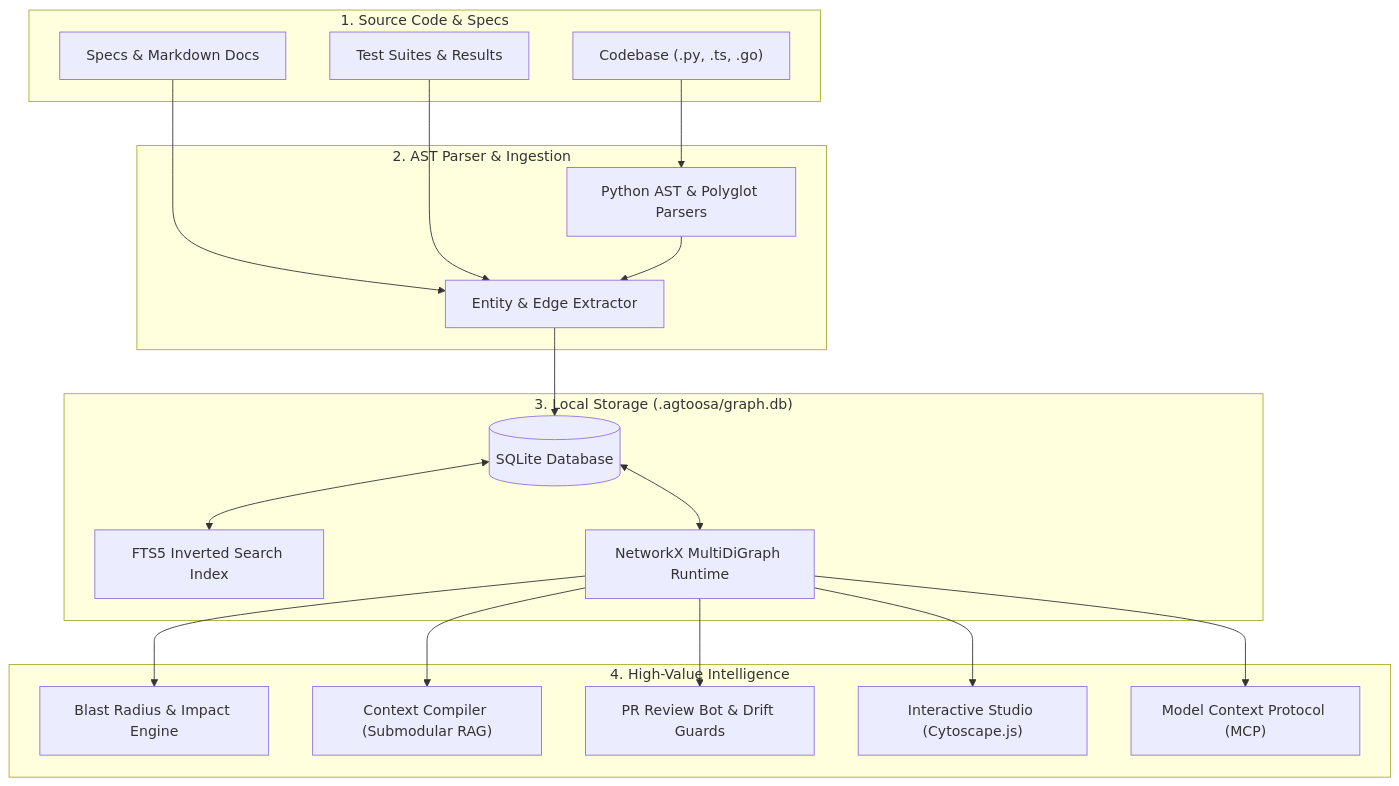
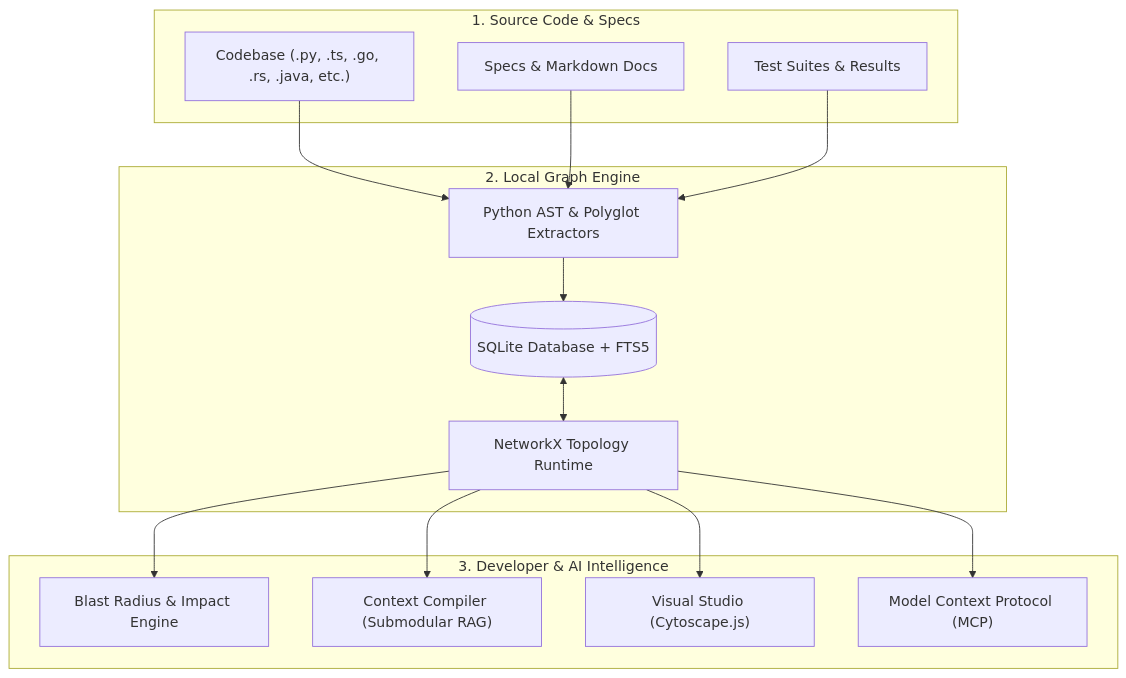
The diagram in README.md (sky2464/Agtoosa2), drawn with Mermaid before and after one commit. The commit also changed other lines of this file, not shown here.

````diff
--- a/README.md
+++ b/README.md
@@ -157,40 +176,31 @@
 ```mermaid
 flowchart TD
     subgraph Input ["1. Source Code & Specs"]
-        SRC["Codebase (.py, .ts, .go)"]
+        SRC["Codebase (.py, .ts, .go, .rs, .java, etc.)"]
         SPECS["Specs & Markdown Docs"]
         TESTS["Test Suites & Results"]
     end
 
-    subgraph Parser ["2. AST Parser & Ingestion"]
-        TS["Python AST & Polyglot Parsers"]
-        EXT["Entity & Edge Extractor"]
+    subgraph Engine ["2. Local Graph Engine"]
+        PARSER["Python AST & Polyglot Extractors"]
+        SQLITE[("SQLite Database + FTS5")]
+        NX["NetworkX Topology Runtime"]
     end
 
-    subgraph Store ["3. Local Storage (.agtoosa/graph.db)"]
-        SQLITE[("SQLite Database")]
-        FTS["FTS5 Inverted Search Index"]
-        NX["NetworkX MultiDiGraph Runtime"]
+    subgraph Intelligence ["3. Developer & AI Intelligence"]
+        BLAST["Blast Radius & Impact Engine"]
+        RAG["Context Compiler (Submodular RAG)"]
+        STUDIO["Visual Studio (Cytoscape.js)"]
+        MCP["Model Context Protocol (MCP)"]
     end
 
-    subgraph Actions ["4. High-Value Intelligence"]
-        BLAST["Blast Radius & Impact Engine"]
-        RAG["Context Compiler (Submodular RAG)"]
-        PR["PR Review Bot & Drift Guards"]
-        STUDIO["Interactive Studio (Cytoscape.js)"]
-        MCP_SRV["Model Context Protocol (MCP)"]
-    end
-
-    SRC --> TS
-    SPECS --> EXT
-    TESTS --> EXT
-    TS --> EXT
-    EXT --> SQLITE
-    SQLITE <--> FTS
+    SRC --> PARSER
+    SPECS --> PARSER
+    TESTS --> PARSER
+    PARSER --> SQLITE
     SQLITE <--> NX
     NX --> BLAST
     NX --> RAG
-    NX --> PR
     NX --> STUDIO
-    NX --> MCP_SRV
+    NX --> MCP
 ```
````
